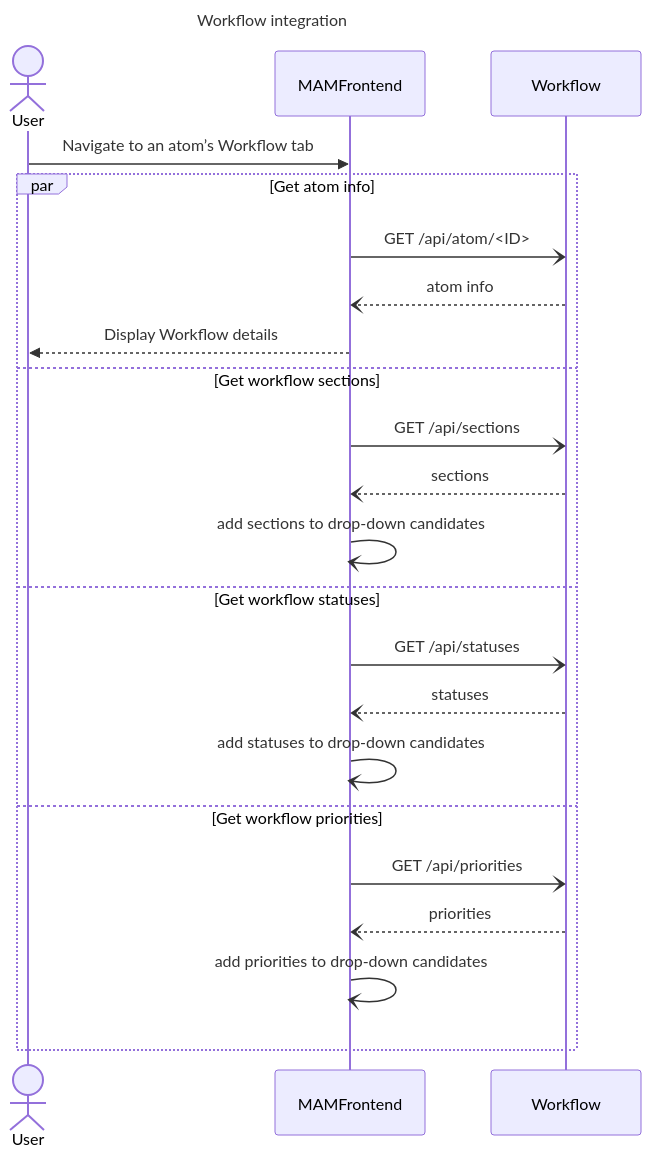
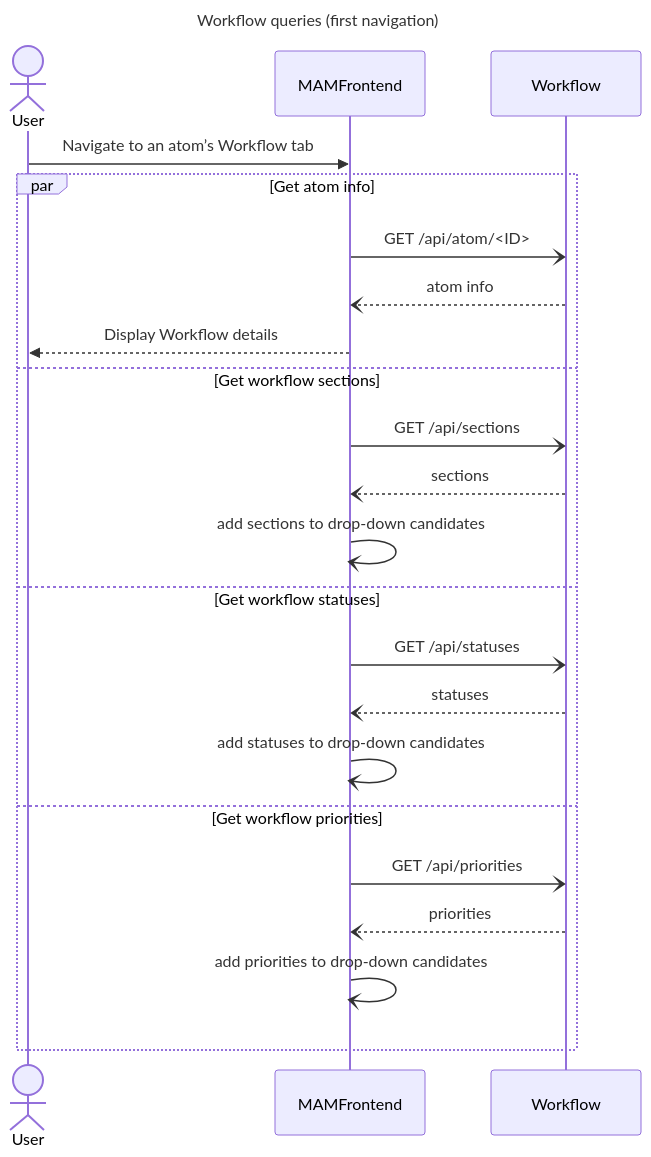
The second of 3 diagrams in docs/10-architecture.md (guardian/media-atom-maker), drawn with Mermaid before and after one commit. The commit also changed other lines of this file, not shown here.

Commit message:
Contrast initial navigation with subsequent ones

````diff
--- a/docs/10-architecture.md
+++ b/docs/10-architecture.md
@@ -145,26 +145,26 @@
 ```mermaid
 ---
-title: Workflow integration
+title: Workflow queries (first navigation)
 ---
 sequenceDiagram
   actor User
   participant MAMFrontend
   User ->> MAMFrontend: Navigate to an atom’s Workflow tab
   par Get atom info
       MAMFrontend -) Workflow: GET /api/atom/<ID>
       Workflow --) MAMFrontend: atom info
       MAMFrontend -->> User: Display Workflow details
   and Get workflow sections
       MAMFrontend -) Workflow: GET /api/sections
       Workflow --) MAMFrontend: sections
       MAMFrontend -) MAMFrontend: add sections to drop-down candidates
   and Get workflow statuses
       MAMFrontend -) Workflow: GET /api/statuses
       Workflow --) MAMFrontend: statuses
       MAMFrontend -) MAMFrontend: add statuses to drop-down candidates
   and Get workflow priorities
       MAMFrontend -) Workflow: GET /api/priorities
       Workflow --) MAMFrontend: priorities
       MAMFrontend -) MAMFrontend: add priorities to drop-down candidates
   end
 ```
````
